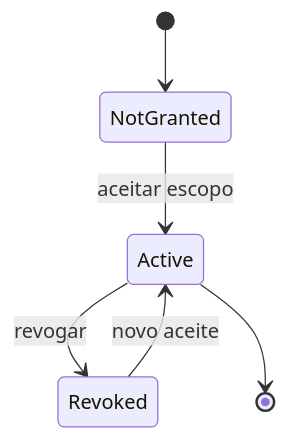
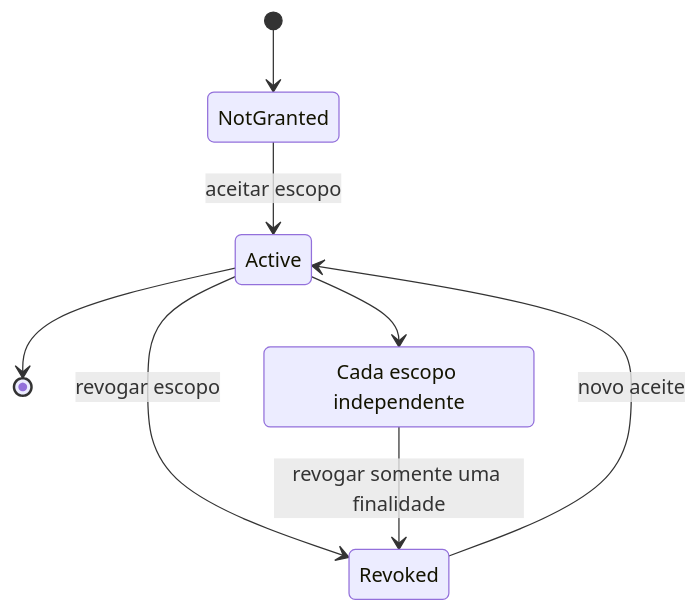
One commit to AloisioMagalhaes/bipolar-mood-spending-tracker changed the diagram in docs/diagrams/uml/11-state-consent.mmd. Above: the diagram before and after it, drawn with Mermaid. The commit also changed 3 other files, not shown here.

```diff
--- a/docs/diagrams/uml/11-state-consent.mmd
+++ b/docs/diagrams/uml/11-state-consent.mmd
@@ -1,6 +1,9 @@
 stateDiagram-v2
 [*] --> NotGranted
 NotGranted --> Active: aceitar escopo
-Active --> Revoked: revogar
+Active --> Revoked: revogar escopo
 Revoked --> Active: novo aceite
 Active --> [*]
+state "Cada escopo independente" as Scoped
+Active --> Scoped
+Scoped --> Revoked: revogar somente uma finalidade
```
